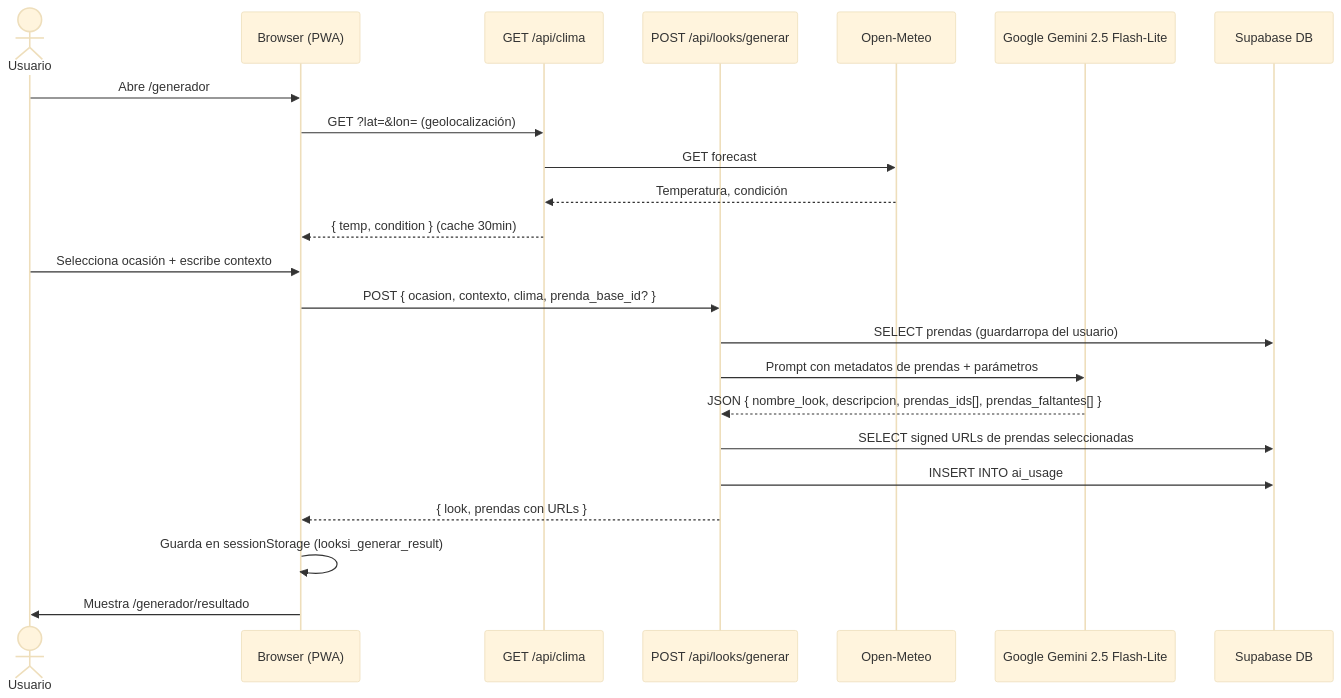
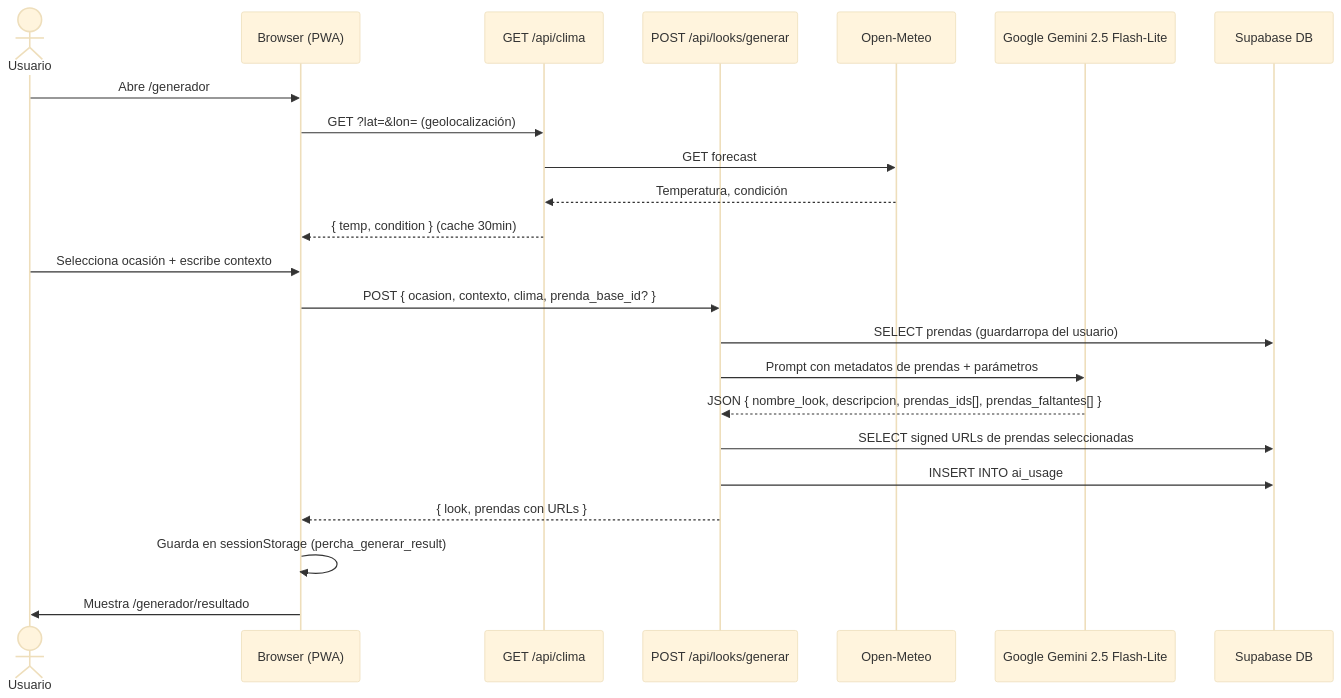
The third of 4 diagrams in docs/architecture/diagrama-arquitectura.md (leonic15/percha), drawn with Mermaid (base theme) before and after one commit. The commit also changed other lines of this file and 185 other files, not shown here.

````diff
--- a/docs/architecture/diagrama-arquitectura.md
+++ b/docs/architecture/diagrama-arquitectura.md
@@ -107,28 +107,28 @@
 ```mermaid
 sequenceDiagram
     actor Usuario
     participant Browser as Browser (PWA)
     participant API_CLIMA as GET /api/clima
     participant API_GENERAR as POST /api/looks/generar
     participant OpenMeteo as Open-Meteo
     participant Gemini as Google Gemini 2.5 Flash-Lite
     participant DB as Supabase DB
 
     Usuario->>Browser: Abre /generador
     Browser->>API_CLIMA: GET ?lat=&lon= (geolocalización)
     API_CLIMA->>OpenMeteo: GET forecast
     OpenMeteo-->>API_CLIMA: Temperatura, condición
     API_CLIMA-->>Browser: { temp, condition } (cache 30min)
 
     Usuario->>Browser: Selecciona ocasión + escribe contexto
     Browser->>API_GENERAR: POST { ocasion, contexto, clima, prenda_base_id? }
     API_GENERAR->>DB: SELECT prendas (guardarropa del usuario)
     API_GENERAR->>Gemini: Prompt con metadatos de prendas + parámetros
     Gemini-->>API_GENERAR: JSON { nombre_look, descripcion, prendas_ids[], prendas_faltantes[] }
     API_GENERAR->>DB: SELECT signed URLs de prendas seleccionadas
     API_GENERAR->>DB: INSERT INTO ai_usage
     API_GENERAR-->>Browser: { look, prendas con URLs }
 
-    Browser->>Browser: Guarda en sessionStorage (looksi_generar_result)
+    Browser->>Browser: Guarda en sessionStorage (percha_generar_result)
     Browser->>Usuario: Muestra /generador/resultado
 ```
````
